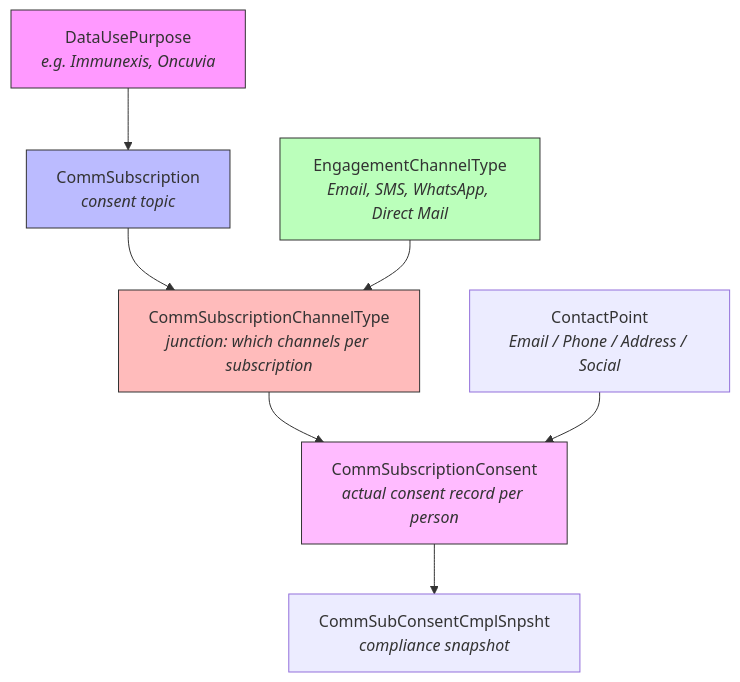
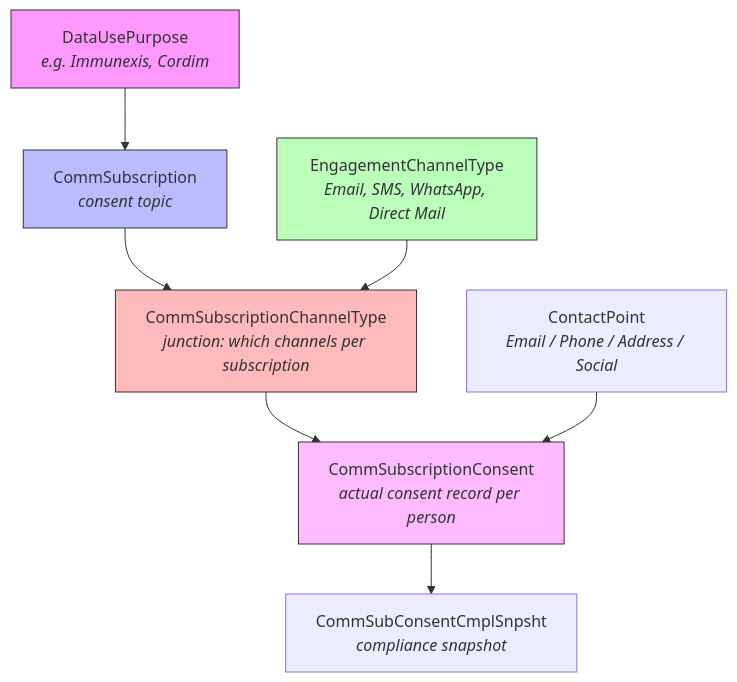
Before and after one commit to afls-ideas/How-to-setup-Consent: the second of 2 diagrams in README.md, drawn with Mermaid. The commit also changed other lines of this file, not shown here.

First line of the commit message:
Replace Oncuvia with Cordim, add channel removal via sharing docs

````diff
--- a/README.md
+++ b/README.md
@@ -126,23 +126,23 @@
 ```mermaid
 flowchart TD
-    DUP[DataUsePurpose<br/><i>e.g. Immunexis, Oncuvia</i>]
+    DUP[DataUsePurpose<br/><i>e.g. Immunexis, Cordim</i>]
     CS[CommSubscription<br/><i>consent topic</i>]
     ECT[EngagementChannelType<br/><i>Email, SMS, WhatsApp, Direct Mail</i>]
     CSCT[CommSubscriptionChannelType<br/><i>junction: which channels per subscription</i>]
     CSC[CommSubscriptionConsent<br/><i>actual consent record per person</i>]
     CP[ContactPoint<br/><i>Email / Phone / Address / Social</i>]
     SNAP[CommSubConsentCmplSnpsht<br/><i>compliance snapshot</i>]
 
     DUP --> CS
     CS --> CSCT
     ECT --> CSCT
     CSCT --> CSC
     CP --> CSC
     CSC --> SNAP
 
     style DUP fill:#f9f,stroke:#333
     style CS fill:#bbf,stroke:#333
     style ECT fill:#bfb,stroke:#333
     style CSCT fill:#fbb,stroke:#333
     style CSC fill:#fbf,stroke:#333
 ```
````
